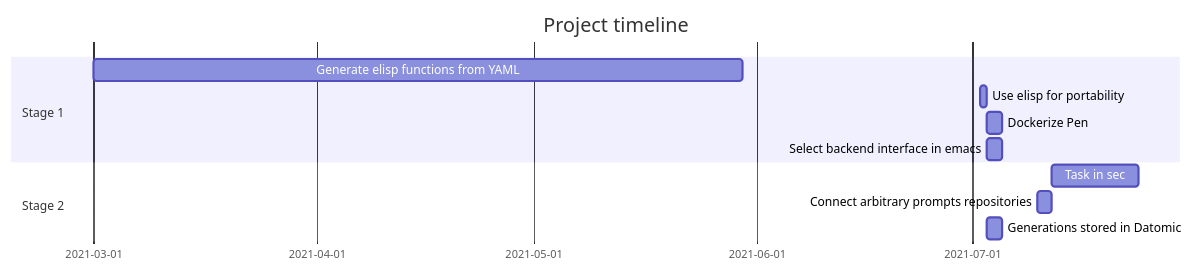
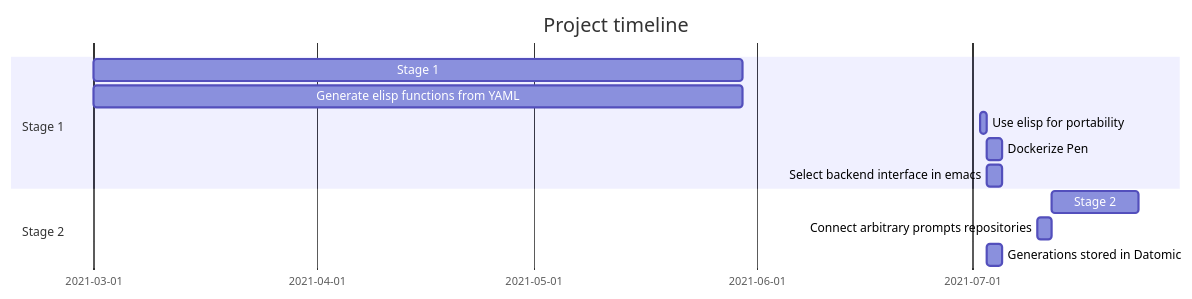
Before and after one commit to semiosis/pen.el: the diagram in docs/README.org, drawn with Mermaid.

Commit message:
Fri 02 Jul 2021 16:06:32

```diff
--- a/docs/README.org
+++ b/docs/README.org
@@ -19,14 +19,16 @@
 #+BEGIN_SRC mermaid :results raw :file project-timeline.png
 gantt
         title Project timeline
         dateFormat  YYYY-MM-DD
         section Stage 1
+        Stage 1    :a1, 2021-03-01, 90d
         Generate elisp functions from YAML    :a1, 2021-03-01, 90d
         Use elisp for portability     :a2, 2021-07-02, 1d
         Dockerize Pen     :after a2  , 2d
         Select backend interface in emacs     :after a2  , 2d
         section Stage 2
-        Task in sec      :2021-07-12  , 12d
+        Stage 2      :2021-07-12  , 12d
         Connect arbitrary prompts repositories :b1, 2021-07-10, 2d
         Generations stored in Datomic :after a2  , 2d
+        section Andrew
 #+END_SRC
```
